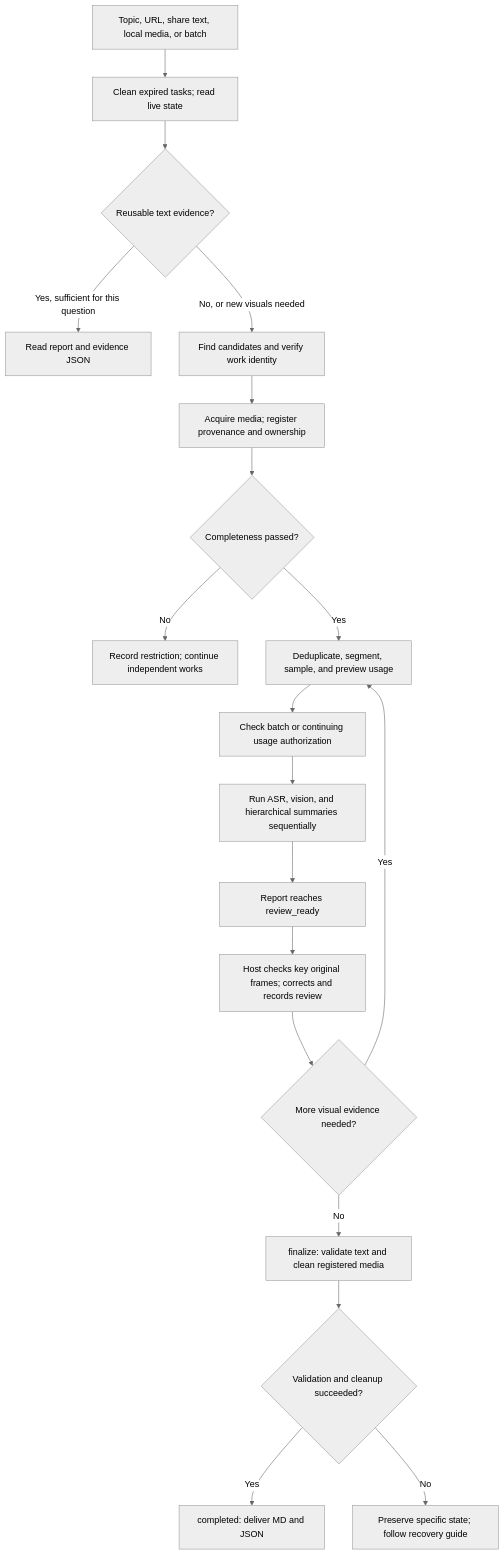
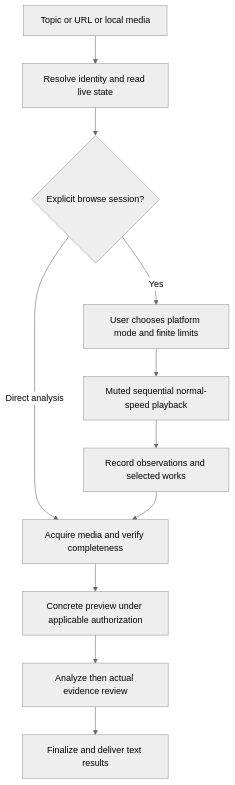
The second of 5 diagrams in README.en.md (HNNUYUXUAN/douyin-agent), drawn with Mermaid (neutral theme) before and after one commit. The commit also changed other lines of this file and 61 other files, not shown here.

Commit message:
Add finite multi-platform browsing and repair WorkBuddy bootstrap

````diff
--- a/README.en.md
+++ b/README.en.md
@@ -96,21 +41,13 @@
 ```mermaid
 flowchart TD
-  A["Topic, URL, share text, local media, or batch"] --> B["Clean expired tasks; read live state"]
-  B --> C{"Reusable text evidence?"}
-  C -->|Yes, sufficient for this question| Z["Read report and evidence JSON"]
-  C -->|No, or new visuals needed| D["Find candidates and verify work identity"]
-  D --> E["Acquire media; register provenance and ownership"]
-  E --> F{"Completeness passed?"}
-  F -->|No| G["Record restriction; continue independent works"]
-  F -->|Yes| H["Deduplicate, segment, sample, and preview usage"]
-  H --> I["Check batch or continuing usage authorization"]
-  I --> J["Run ASR, vision, and hierarchical summaries sequentially"]
-  J --> K["Report reaches review_ready"]
-  K --> L["Host checks key original frames; corrects and records review"]
-  L --> M{"More visual evidence needed?"}
-  M -->|Yes| H
-  M -->|No| N["finalize: validate text and clean registered media"]
-  N --> O{"Validation and cleanup succeeded?"}
-  O -->|Yes| P["completed: deliver MD and JSON"]
-  O -->|No| Q["Preserve specific state; follow recovery guide"]
+A[Topic or URL or local media] --> B[Resolve identity and read live state]
+B --> C{Explicit browse session?}
+C -->|Yes| D[User chooses platform mode and finite limits]
+C -->|Direct analysis| E[Acquire media and verify completeness]
+D --> F[Muted sequential normal-speed playback]
+F --> G[Record observations and selected works]
+G --> E
+E --> H[Concrete preview under applicable authorization]
+H --> I[Analyze then actual evidence review]
+I --> J[Finalize and deliver text results]
 ```
````
